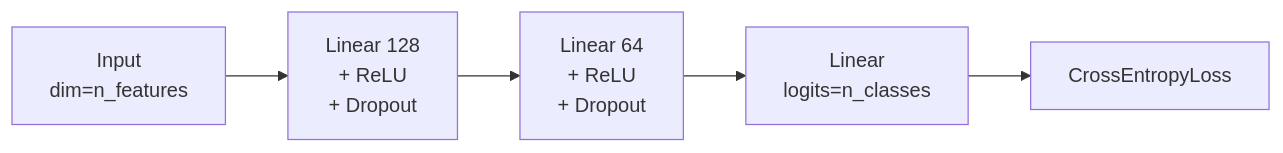
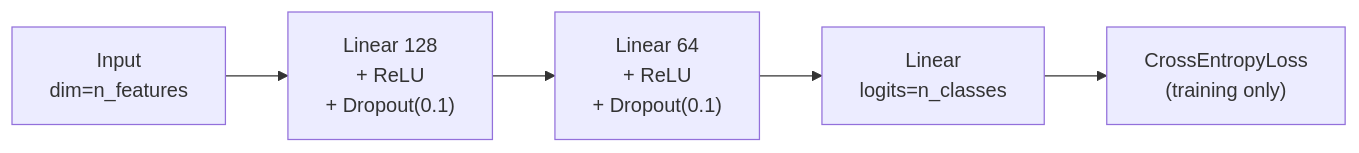
Before and after one commit to hkevin01/ml-adamw-demo: the fifth of 11 diagrams in README.md, drawn with Mermaid. The commit also changed other lines of this file, not shown here.

````diff
--- a/README.md
+++ b/README.md
@@ -347,7 +464,7 @@
 ```mermaid
 flowchart LR
-    IN["Input\ndim=n_features"] --> H1["Linear 128\n+ ReLU\n+ Dropout"]
-    H1 --> H2["Linear 64\n+ ReLU\n+ Dropout"]
+    IN["Input\ndim=n_features"] --> H1["Linear 128\n+ ReLU\n+ Dropout(0.1)"]
+    H1 --> H2["Linear 64\n+ ReLU\n+ Dropout(0.1)"]
     H2 --> OUT["Linear\nlogits=n_classes"]
-    OUT --> LOSS["CrossEntropyLoss"]
+    OUT --> LOSS["CrossEntropyLoss\n(training only)"]
 ```
````
